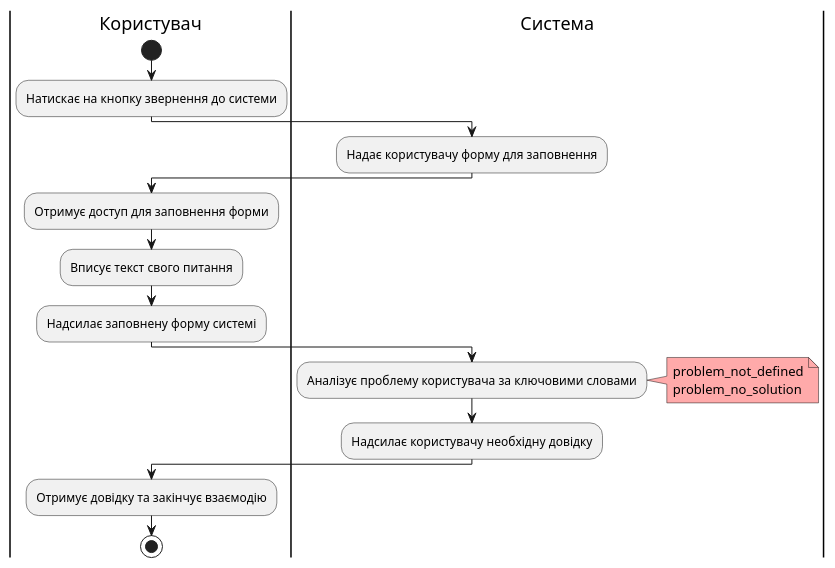
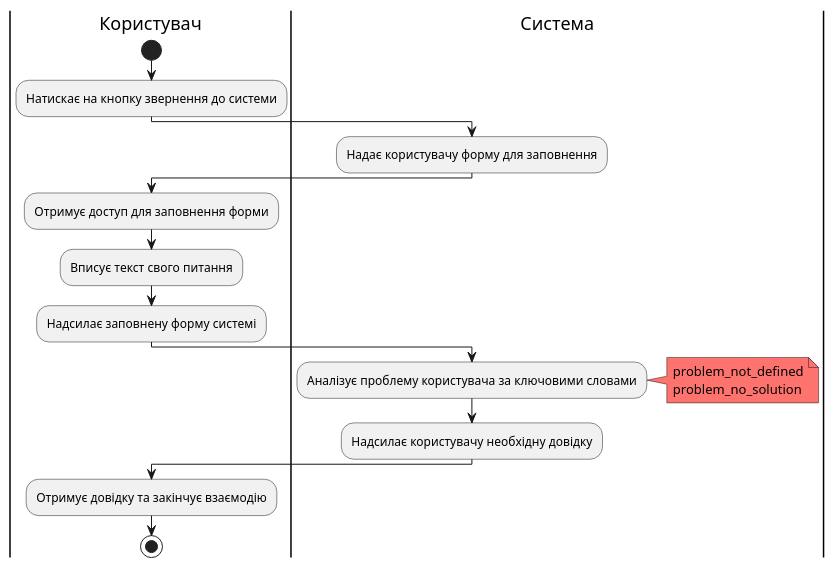
One commit to nonGratis/retarder-io-23-3 changed the seventh of 14 diagrams in docs/use cases/README.md. Above: the diagram before and after it, drawn with PlantUML. The commit also changed other lines of this file, not shown here.

````diff
--- a/docs/use cases/README.md
+++ b/docs/use cases/README.md
@@ -211,24 +211,24 @@
 ```plantuml
 @startuml
 |Користувач|
     start
     :Натискає на кнопку звернення до системи;
 |Система|
     :Надає користувачу форму для заповнення;
 |Користувач|
     :Отримує доступ для заповнення форми;
     :Вписує текст свого питання;
     :Надсилає заповнену форму системі;
 |Система|
     :Аналізує проблему користувача за ключовими словами;
-        note right #ffaaaa
+        note right #FF736E
             problem_not_defined
             problem_no_solution
         end note
 
     :Надсилає користувачу необхідну довідку;
 |Користувач|
     :Отримує довідку та закінчує взаємодію;
     stop;
 @enduml
 ```
````
